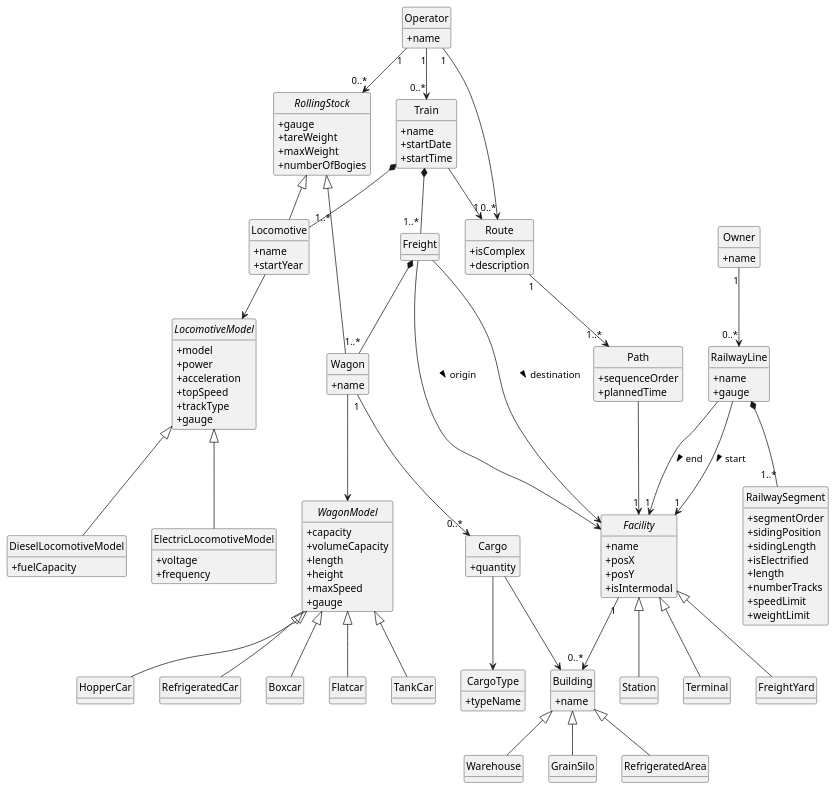
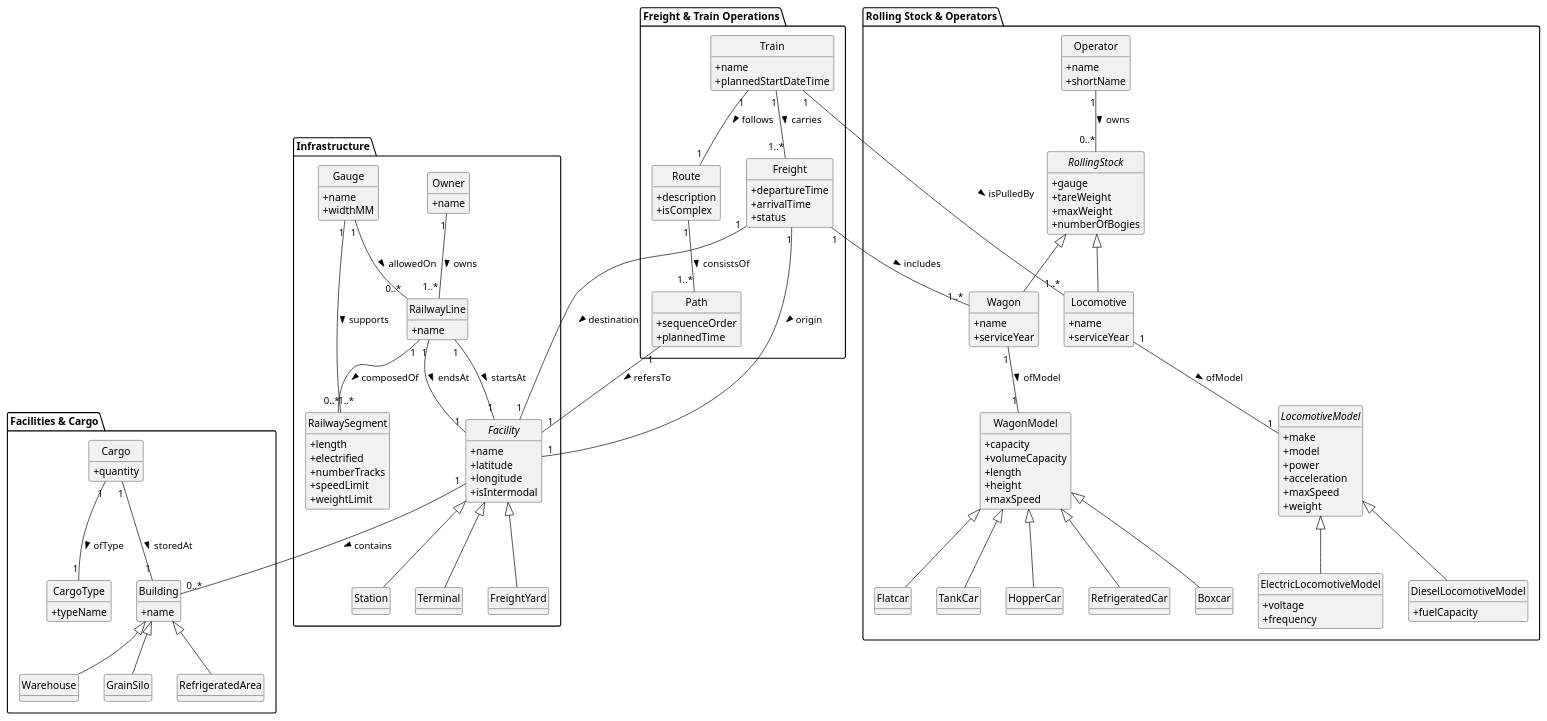
The diagram in doc/global-artifacts/02.analysis/puml/domain-model.puml (goncalolopesp/sem3-pi-25-26-g093-repo), drawn with PlantUML before and after one commit. The commit also changed 20 other files, not shown here.

```diff
--- a/doc/global-artifacts/02.analysis/puml/domain-model.puml
+++ b/doc/global-artifacts/02.analysis/puml/domain-model.puml
@@ -1,175 +1,200 @@
 @startuml
 hide circle
 hide methods
 skinparam monochrome true
 skinparam classAttributeIconSize 0
 skinparam shadowing false
 
-abstract class Facility {
-  +name
-  +posX
-  +posY
-  +isIntermodal
+' ===================== INFRASTRUCTURE =====================
+package "Infrastructure" {
+
+  abstract class Facility {
+    +name
+    +latitude
+    +longitude
+    +isIntermodal
+  }
+
+  class Station
+  class Terminal
+  class FreightYard
+
+  Facility <|-- Station
+  Facility <|-- Terminal
+  Facility <|-- FreightYard
+
+  class Owner {
+    +name
+  }
+
+  class Gauge {
+    +name
+    +widthMM
+  }
+
+  class RailwayLine {
+    +name
+  }
+
+  class RailwaySegment {
+    +length
+    +electrified
+    +numberTracks
+    +speedLimit
+    +weightLimit
+  }
+
+  Owner "1" -- "1..*" RailwayLine : owns >
+  RailwayLine "1" -- "1..*" RailwaySegment : composedOf >
+  RailwayLine "1" -- "1" Facility : startsAt >
+  RailwayLine "1" -- "1" Facility : endsAt >
+
+  Gauge "1" -- "0..*" RailwayLine : allowedOn >
+  Gauge "1" -- "0..*" RailwaySegment : supports >
 }
 
-class Station {}
-class Terminal {}
-class FreightYard {}
+' ===================== BUILDINGS & CARGO =====================
+package "Facilities & Cargo" {
 
-Facility <|-- Station
-Facility <|-- Terminal
-Facility <|-- FreightYard
+  class Building {
+    +name
+  }
 
-class RailwayLine {
-  +name
-  +gauge
+  class Warehouse
+  class GrainSilo
+  class RefrigeratedArea
+
+  Building <|-- Warehouse
+  Building <|-- GrainSilo
+  Building <|-- RefrigeratedArea
+
+  Facility "1" -- "0..*" Building : contains >
+
+  class Cargo {
+    +quantity
+  }
+
+  class CargoType {
+    +typeName
+  }
+
+  Cargo "1" -- "1" CargoType : ofType >
+  Cargo "1" -- "1" Building : storedAt >
 }
 
-class RailwaySegment {
-  +segmentOrder
-  +sidingPosition
-  +sidingLength
-  +isElectrified
-  +length
-  +numberTracks
-  +speedLimit
-  +weightLimit
+' ===================== OPERATORS & ROLLING STOCK =====================
+package "Rolling Stock & Operators" {
+
+  class Operator {
+    +name
+    +shortName
+  }
+
+  abstract class RollingStock {
+    +gauge
+    +tareWeight
+    +maxWeight
+    +numberOfBogies
+  }
+
+  class Locomotive {
+    +name
+    +serviceYear
+  }
+
+  class Wagon {
+    +name
+    +serviceYear
+  }
+
+  RollingStock <|-- Locomotive
+  RollingStock <|-- Wagon
+
+  abstract class LocomotiveModel {
+    +make
+    +model
+    +power
+    +acceleration
+    +maxSpeed
+    +weight
+  }
+
+  class DieselLocomotiveModel {
+    +fuelCapacity
+  }
+
+  class ElectricLocomotiveModel {
+    +voltage
+    +frequency
+  }
+
+  LocomotiveModel <|-- DieselLocomotiveModel
+  LocomotiveModel <|-- ElectricLocomotiveModel
+
+  Locomotive "1" -- "1" LocomotiveModel : ofModel >
+
+  class WagonModel {
+    +capacity
+    +volumeCapacity
+    +length
+    +height
+    +maxSpeed
+  }
+
+  class Boxcar
+  class Flatcar
+  class TankCar
+  class HopperCar
+  class RefrigeratedCar
+
+  WagonModel <|-- Boxcar
+  WagonModel <|-- Flatcar
+  WagonModel <|-- TankCar
+  WagonModel <|-- HopperCar
+  WagonModel <|-- RefrigeratedCar
+
+  Wagon "1" -- "1" WagonModel : ofModel >
+
+  Operator "1" -- "0..*" RollingStock : owns >
 }
 
-class Owner {
-  +name
+' ===================== FREIGHT, TRAINS & ROUTES =====================
+package "Freight & Train Operations" {
+
+  class Freight {
+    +departureTime
+    +arrivalTime
+    +status
+  }
+
+  Freight "1" -- "1" Facility : origin >
+  Freight "1" -- "1" Facility : destination >
+  Freight "1" -- "1..*" Wagon : includes >
+
+  class Train {
+    +name
+    +plannedStartDateTime
+  }
+
+  ' Correct: a Train is pulled by 1..* locomotives
+  Train "1" -- "1..*" Locomotive : isPulledBy >
+
+  Train "1" -- "1..*" Freight : carries >
+
+  class Route {
+    +description
+    +isComplex
+  }
+
+  Train "1" -- "1" Route : follows >
+
+  class Path {
+    +sequenceOrder
+    +plannedTime
+  }
+
+  Route "1" -- "1..*" Path : consistsOf >
+  Path "1" -- "1" Facility : refersTo >
 }
 
-Owner "1" --> "0..*" RailwayLine
-RailwayLine *-- "1..*" RailwaySegment
-RailwayLine --> "1" Facility : start >
-RailwayLine --> "1" Facility : end >
-
-abstract class RollingStock {
-  +gauge
-  +tareWeight
-  +maxWeight
-  +numberOfBogies
-}
-
-class Locomotive {
-  +name
-  +startYear
-}
-
-class Wagon {
-  +name
-}
-
-RollingStock <|-- Locomotive
-RollingStock <|-- Wagon
-
-abstract class LocomotiveModel {
-  +model
-  +power
-  +acceleration
-  +topSpeed
-  +trackType
-  +gauge
-}
-
-class DieselLocomotiveModel {
-  +fuelCapacity
-}
-
-class ElectricLocomotiveModel {
-  +voltage
-  +frequency
-}
-
-LocomotiveModel <|-- DieselLocomotiveModel
-LocomotiveModel <|-- ElectricLocomotiveModel
-Locomotive --> LocomotiveModel
-
-abstract class WagonModel {
-  +capacity
-  +volumeCapacity
-  +length
-  +height
-  +maxSpeed
-  +gauge
-}
-
-class Boxcar {}
-class Flatcar {}
-class TankCar {}
-class HopperCar {}
-class RefrigeratedCar {}
-
-WagonModel <|-- Boxcar
-WagonModel <|-- Flatcar
-WagonModel <|-- TankCar
-WagonModel <|-- HopperCar
-WagonModel <|-- RefrigeratedCar
-Wagon --> WagonModel
-
-class Cargo {
-  +quantity
-}
-
-class CargoType {
-  +typeName
-}
-
-class Building {
-  +name
-}
-
-class Warehouse {}
-class GrainSilo {}
-class RefrigeratedArea {}
-
-Building <|-- Warehouse
-Building <|-- GrainSilo
-Building <|-- RefrigeratedArea
-
-Facility "1" --> "0..*" Building
-Cargo --> CargoType
-Cargo --> Building
-
-class Freight {}
-
-Freight --> Facility : origin >
-Freight --> Facility : destination >
-Freight *-- "1..*" Wagon
-
-class Train {
-  +name
-  +startDate
-  +startTime
-}
-
-Train *-- "1..*" Locomotive
-Train *-- "1..*" Freight
-
-class Operator {
-  +name
-}
-
-Operator "1" --> "0..*" Train
-
-class Route {
-  +isComplex
-  +description
-}
-
-Operator "1" --> "0..*" Route
-Train --> "1" Route
-
-class Path {
-  +sequenceOrder
-  +plannedTime
-}
-
-Route "1" --> "1..*" Path
-Path --> "1" Facility
-
-Operator "1" --> "0..*" RollingStock
-Wagon "1" --> "0..*" Cargo
-
 @enduml
```
